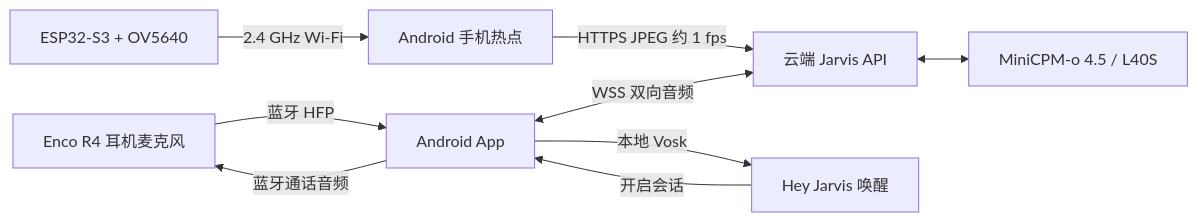
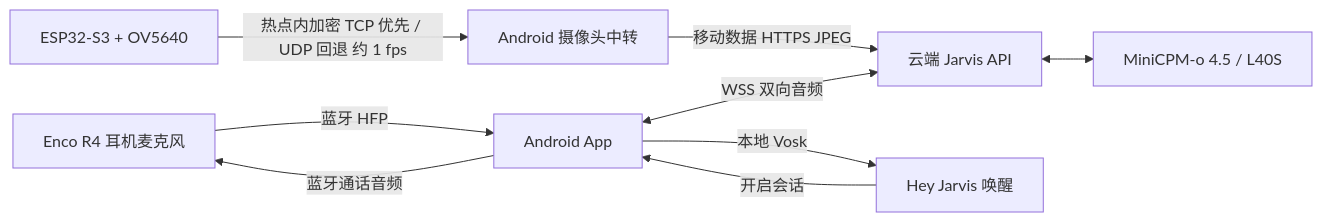
Before and after one commit to iapetuszzb/esp32-jarvis: the diagram in README.md, drawn with Mermaid. The commit also changed other lines of this file and 20 other files, not shown here.

````diff
--- a/README.md
+++ b/README.md
@@ -19,11 +19,11 @@
 ```mermaid
 flowchart LR
-    CAM[ESP32-S3 + OV5640] -->|2.4 GHz Wi-Fi| HOT[Android 手机热点]
-    HOT -->|HTTPS JPEG 约 1 fps| API[云端 Jarvis API]
+    CAM[ESP32-S3 + OV5640] -->|热点内加密 TCP 优先 / UDP 回退 约 1 fps| RELAY[Android 摄像头中转]
+    RELAY -->|移动数据 HTTPS JPEG| API[云端 Jarvis API]
     EAR[Enco R4 耳机麦克风] -->|蓝牙 HFP| APP[Android App]
     APP -->|本地 Vosk| WAKE[Hey Jarvis 唤醒]
     WAKE -->|开启会话| APP
     APP <-->|WSS 双向音频| API
     API <--> MODEL[MiniCPM-o 4.5 / L40S]
     APP -->|蓝牙通话音频| EAR
 ```
````
